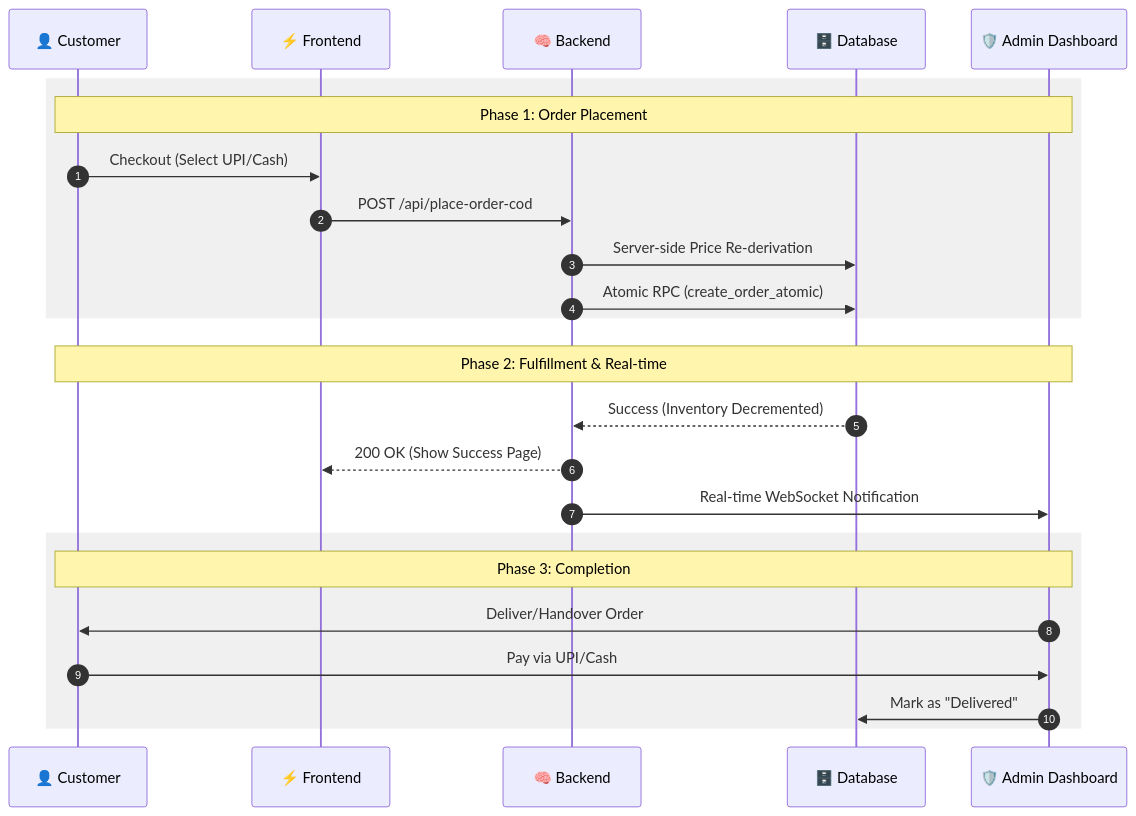
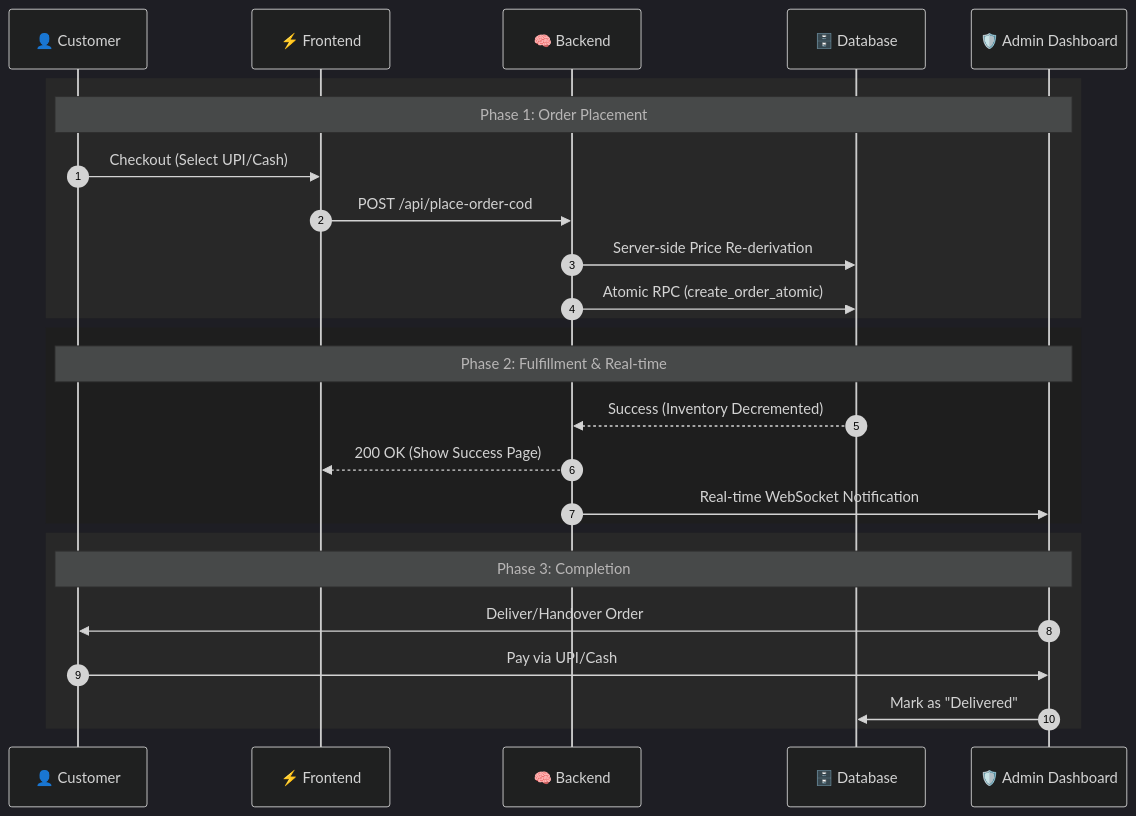
Before and after one commit to kiran-8287/nescafe-iitpkd: the third of 6 diagrams in README.md, drawn with Mermaid. The commit also changed other lines of this file, not shown here.

Commit message:
docs: update README with tech stack diagram and refine Mermaid styling for dark mode

````diff
--- a/README.md
+++ b/README.md
@@ -74,31 +94,32 @@
 ```mermaid
+%%{init: { 'theme': 'dark', 'themeVariables': { 'primaryColor': '#D4AF37', 'secondaryColor': '#3E2723' } } }%%
 sequenceDiagram
     autonumber
     participant U as 👤 Customer
     participant F as ⚡ Frontend
     participant B as 🧠 Backend
     participant DB as 🗄️ Database
     participant A as 🛡️ Admin Dashboard
 
-    rect rgb(240, 240, 240)
+    rect rgb(40, 40, 40)
         Note over U,A: Phase 1: Order Placement
         U->>F: Checkout (Select UPI/Cash)
         F->>B: POST /api/place-order-cod
         B->>DB: Server-side Price Re-derivation
         B->>DB: Atomic RPC (create_order_atomic)
     end
 
-    rect rgb(255, 255, 255)
+    rect rgb(30, 30, 30)
         Note over U,A: Phase 2: Fulfillment & Real-time
         DB-->>B: Success (Inventory Decremented)
         B-->>F: 200 OK (Show Success Page)
         B->>A: Real-time WebSocket Notification
     end
 
-    rect rgb(240, 240, 240)
+    rect rgb(40, 40, 40)
         Note over U,A: Phase 3: Completion
         A->>U: Deliver/Handover Order
         U->>A: Pay via UPI/Cash
         A->>DB: Mark as "Delivered"
     end
 ```
````
